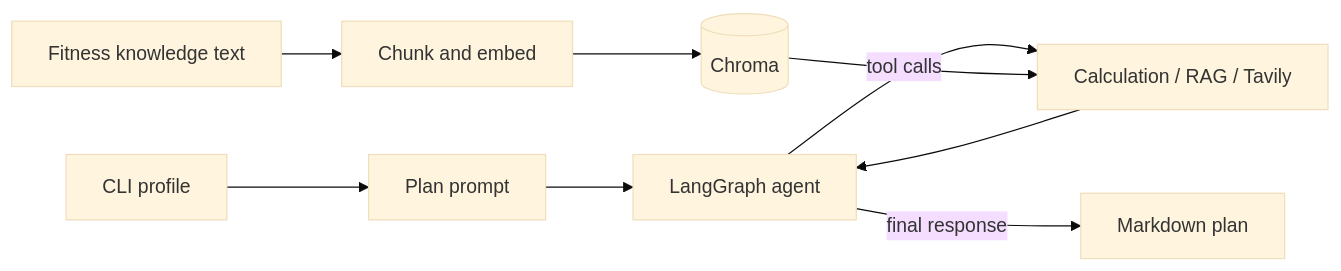
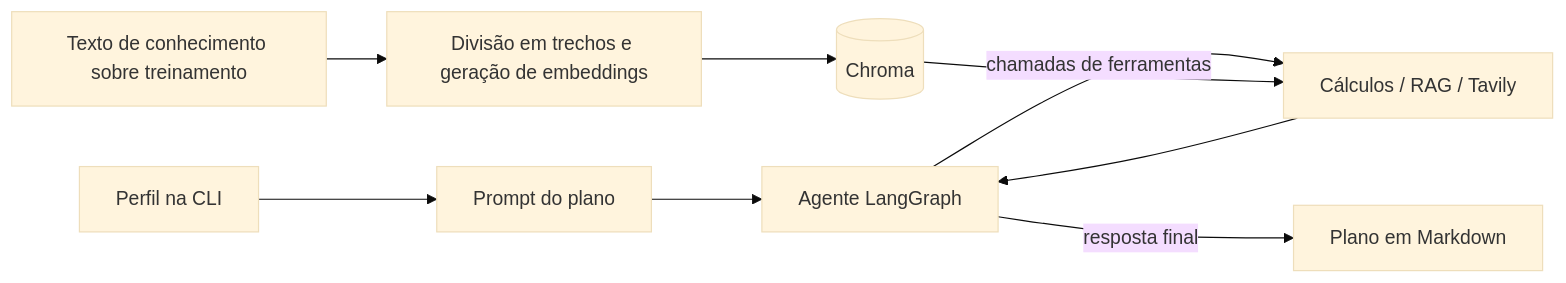
The diagram in README.md (Amanda-Falcao/AI_Fitness_Coach), drawn with Mermaid (base theme) before and after one commit. The commit also changed other lines of this file and 18 other files, not shown here.

````diff
--- a/README.md
+++ b/README.md
@@ -20,11 +23,11 @@
 ```mermaid
 flowchart LR
-    CLI[CLI profile] --> Prompt[Plan prompt]
-    Prompt --> Graph[LangGraph agent]
-    Graph -->|tool calls| Tools[Calculation / RAG / Tavily]
+    CLI[Perfil na CLI] --> Prompt[Prompt do plano]
+    Prompt --> Graph[Agente LangGraph]
+    Graph -->|chamadas de ferramentas| Tools[Cálculos / RAG / Tavily]
     Tools --> Graph
-    Graph -->|final response| Output[Markdown plan]
-    Source[Fitness knowledge text] --> Ingest[Chunk and embed]
+    Graph -->|resposta final| Output[Plano em Markdown]
+    Source[Texto de conhecimento sobre treinamento] --> Ingest[Divisão em trechos e geração de embeddings]
     Ingest --> Chroma[(Chroma)]
     Chroma --> Tools
 ```
````
